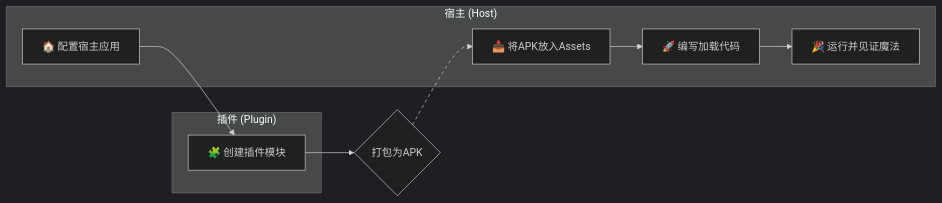
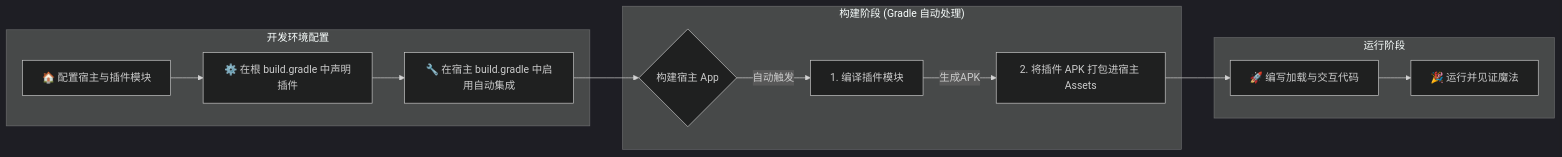
The diagram in docs/1_QUICK_START_ZH.md (VpJokor/ComboLite), drawn with Mermaid (dark theme) before and after one commit. The commit also changed other lines of this file and 4 other files, not shown here.

````diff
--- a/docs/1_QUICK_START_ZH.md
+++ b/docs/1_QUICK_START_ZH.md
@@ -16,21 +13,20 @@
 ```mermaid
 graph LR
-    A[🏠 配置宿主应用] --> B[🧩 创建插件模块];
-    B --> C{打包为APK};
-    C --> D[📥 将APK放入Assets];
-    D --> E[🚀 编写加载代码];
-    E --> F[🎉 运行并见证魔法];
-
-    subgraph "宿主 (Host)"
-        A
-        D
-        E
-        F
+    subgraph "开发环境配置"
+        A[🏠 配置宿主与插件模块] --> B[⚙️ 在根 build.gradle 中声明插件];
+        B --> C[🔧 在宿主 build.gradle 中启用自动集成];
     end
 
-    subgraph "插件 (Plugin)"
-        B
+    subgraph "构建阶段 (Gradle 自动处理)"
+        D{构建宿主 App};
+        D -- 自动触发 --> E[1. 编译插件模块];
+        E -- 生成APK --> F[2. 将插件 APK 打包进宿主 Assets];
     end
-    
-    linkStyle 2 stroke-dasharray: 5 5;
+
+    subgraph "运行阶段"
+        G[🚀 编写加载与交互代码] --> H[🎉 运行并见证魔法];
+    end
+
+    C --> D;
+    F --> G;
 ```
````
